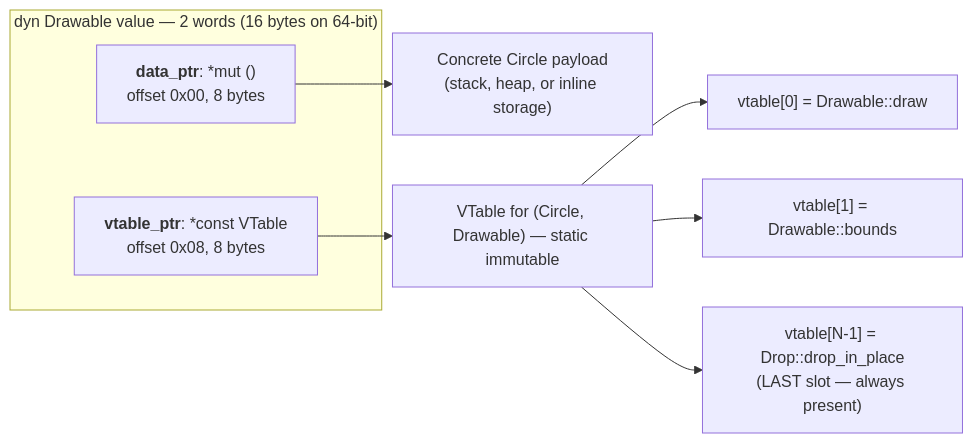
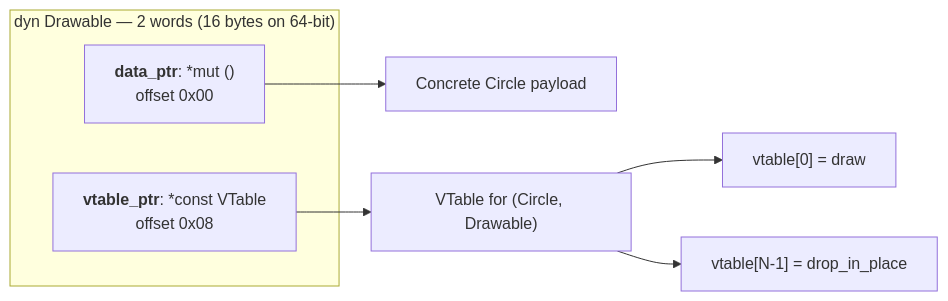
Before and after one commit to Zzzode/ZOM: the diagram in docs/spec/chapters/03-types.md, drawn with Mermaid. The commit also changed other lines of this file and 126 other files, not shown here.

````diff
--- a/docs/spec/chapters/03-types.md
+++ b/docs/spec/chapters/03-types.md
@@ -295,12 +495,11 @@
 ```mermaid
 graph LR
-    subgraph DYN ["dyn Drawable value — 2 words (16 bytes on 64-bit)"]
-        D_PTR["<b>data_ptr</b>: *mut ()<br/>offset 0x00, 8 bytes"]
-        V_PTR["<b>vtable_ptr</b>: *const VTable<br/>offset 0x08, 8 bytes"]
+    subgraph DYN ["dyn Drawable — 2 words (16 bytes on 64-bit)"]
+        D_PTR["<b>data_ptr</b>: *mut ()<br/>offset 0x00"]
+        V_PTR["<b>vtable_ptr</b>: *const VTable<br/>offset 0x08"]
     end
-    D_PTR --> PAYLOAD["Concrete Circle payload<br/>(stack, heap, or inline storage)"]
-    V_PTR --> VTBL["VTable for (Circle, Drawable) — static immutable"]
-    VTBL --> SLOT0["vtable[0] = Drawable::draw"]
-    VTBL --> SLOT1["vtable[1] = Drawable::bounds"]
-    VTBL --> SLOTN["vtable[N-1] = Drop::drop_in_place<br/>(LAST slot — always present)"]
+    D_PTR --> PAYLOAD["Concrete Circle payload"]
+    V_PTR --> VTBL["VTable for (Circle, Drawable)"]
+    VTBL --> SLOT0["vtable[0] = draw"]
+    VTBL --> SLOTN["vtable[N-1] = drop_in_place"]
 ```
````
